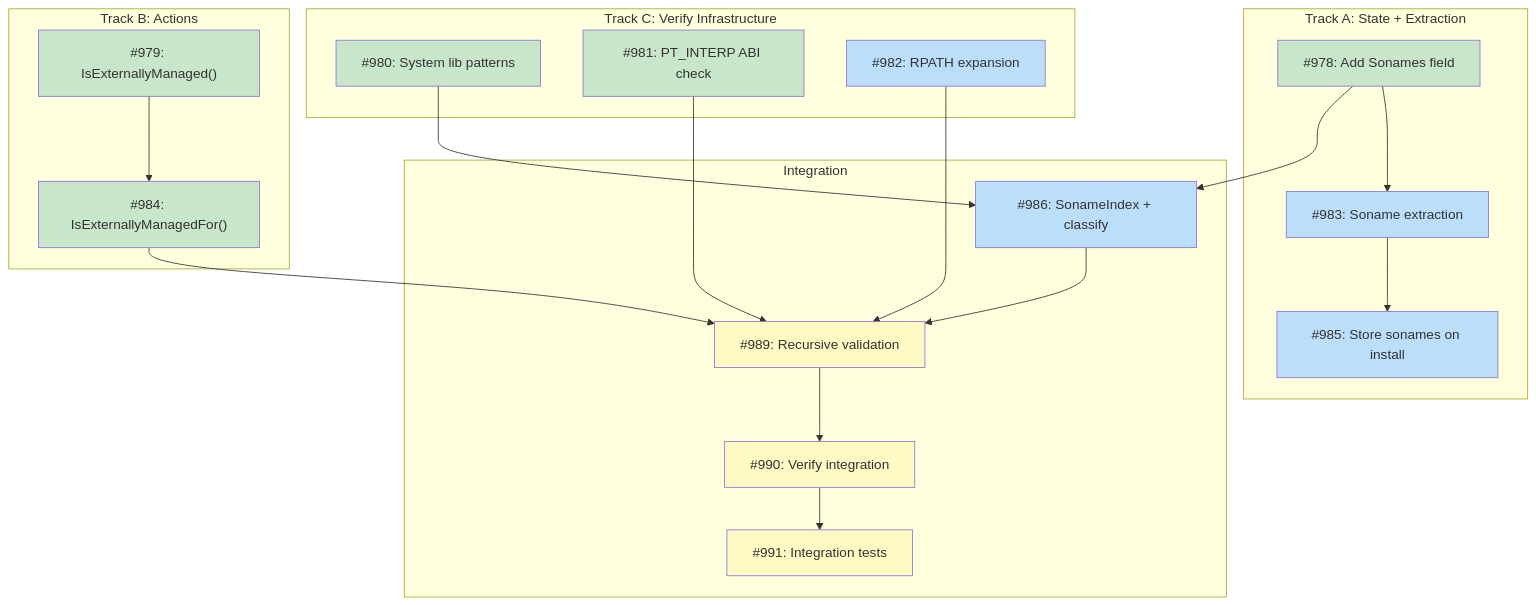
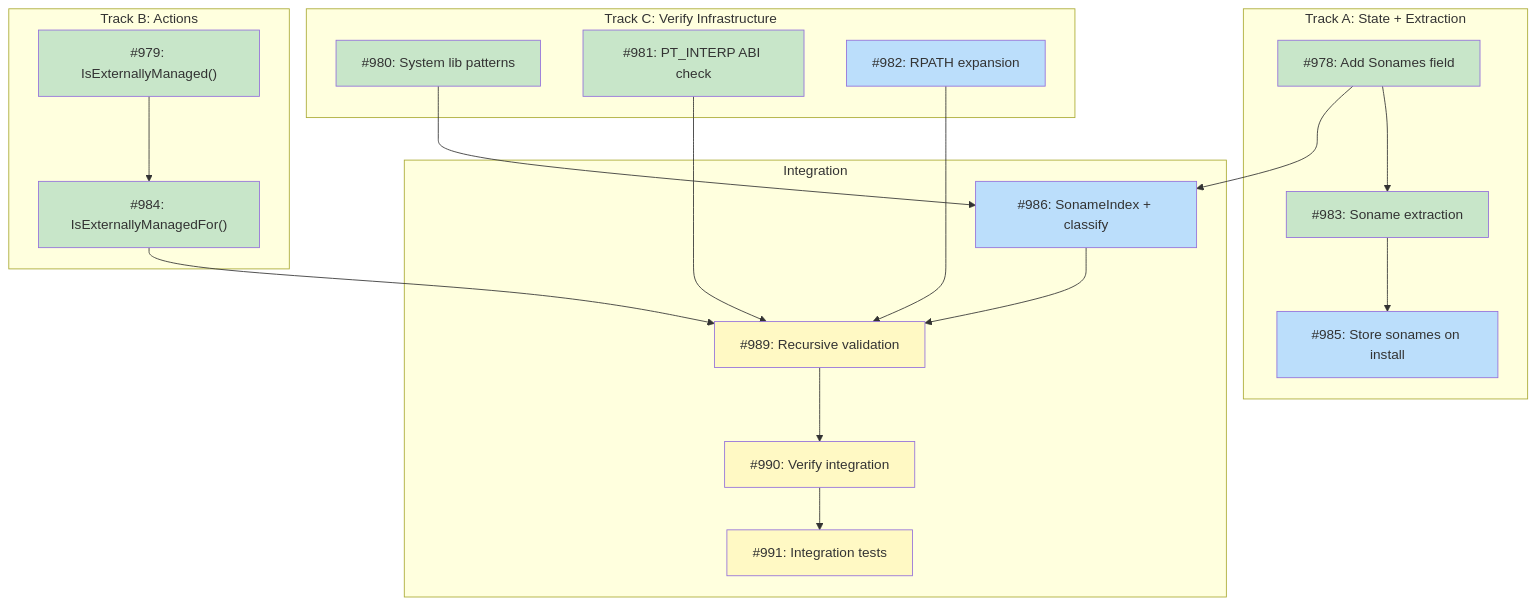
One commit to tsukumogami/tsuku changed the diagram in docs/designs/DESIGN-library-verify-deps.md. Above: the diagram before and after it, drawn with Mermaid. The commit also changed 2 other files, not shown here.

Commit message:
feat(verify): implement soname extraction for ELF and Mach-O (#999)
Implement soname extraction functions for ELF and Mach-O binary formats
using Go's standard library. For ELF, extract DT_SONAME using
`elf.DynString()`. For Mach-O, parse raw load command bytes to find
LC_ID_DYLIB (0xd) since Go's standard library doesn't expose this
constant.

The four new functions enable tsuku to auto-discover which sonames a
library provides at install time, supporting the Tier 2 dependency
validation system.

````diff
--- a/docs/designs/DESIGN-library-verify-deps.md
+++ b/docs/designs/DESIGN-library-verify-deps.md
@@ -26,47 +26,47 @@
 ```mermaid
 graph TD
     subgraph TrackA["Track A: State + Extraction"]
         I978["#978: Add Sonames field"]
         I983["#983: Soname extraction"]
         I985["#985: Store sonames on install"]
     end
 
     subgraph TrackB["Track B: Actions"]
         I979["#979: IsExternallyManaged()"]
         I984["#984: IsExternallyManagedFor()"]
     end
 
     subgraph TrackC["Track C: Verify Infrastructure"]
         I980["#980: System lib patterns"]
         I981["#981: PT_INTERP ABI check"]
         I982["#982: RPATH expansion"]
     end
 
     subgraph Integration["Integration"]
         I986["#986: SonameIndex + classify"]
         I989["#989: Recursive validation"]
         I990["#990: Verify integration"]
         I991["#991: Integration tests"]
     end
 
     I978 --> I983
     I983 --> I985
     I979 --> I984
     I978 --> I986
     I980 --> I986
     I981 --> I989
     I982 --> I989
     I984 --> I989
     I986 --> I989
     I989 --> I990
     I990 --> I991
 
     classDef done fill:#c8e6c9
     classDef ready fill:#bbdefb
     classDef blocked fill:#fff9c4
     classDef needsDesign fill:#e1bee7
 
-    class I978,I979,I980,I981,I984 done
-    class I982,I983,I985,I986 ready
+    class I978,I979,I980,I981,I983,I984 done
+    class I982,I985,I986 ready
     class I989,I990,I991 blocked
 ```
````
